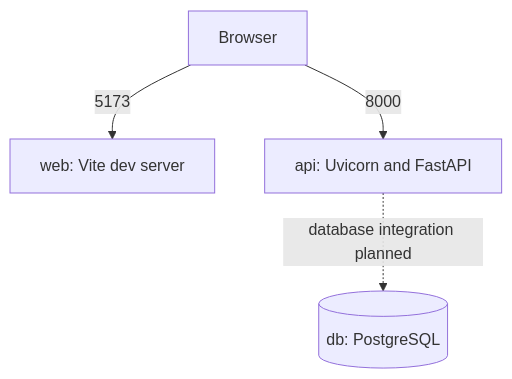
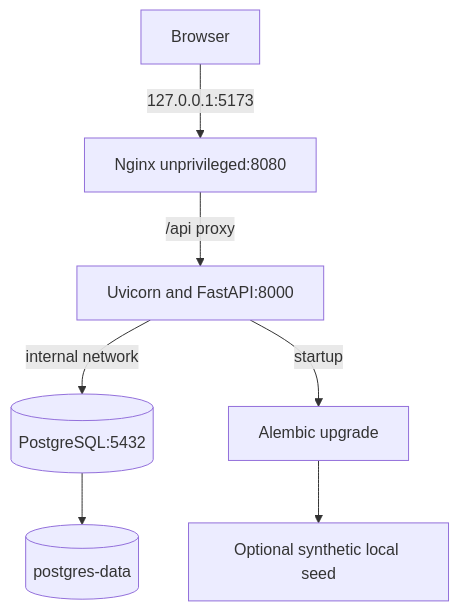
Before and after one commit to tejasr09/cdd_final_proj: the diagram in docs/architecture/container-view.md, drawn with Mermaid. The commit also changed other lines of this file and 16 other files, not shown here.

````diff
--- a/docs/architecture/container-view.md
+++ b/docs/architecture/container-view.md
@@ -7,6 +9,9 @@
 ```mermaid
 flowchart TB
-  Browser -->|5173| Web[web: Vite dev server]
-  Browser -->|8000| API[api: Uvicorn and FastAPI]
-  API -. database integration planned .-> DB[(db: PostgreSQL)]
+  Browser -->|127.0.0.1:5173| Web[Nginx unprivileged:8080]
+  Web -->|/api proxy| API[Uvicorn and FastAPI:8000]
+  API -->|internal network| DB[(PostgreSQL:5432)]
+  DB --> Volume[(postgres-data)]
+  API -->|startup| Migrate[Alembic upgrade]
+  Migrate --> Seed[Optional synthetic local seed]
 ```
````
